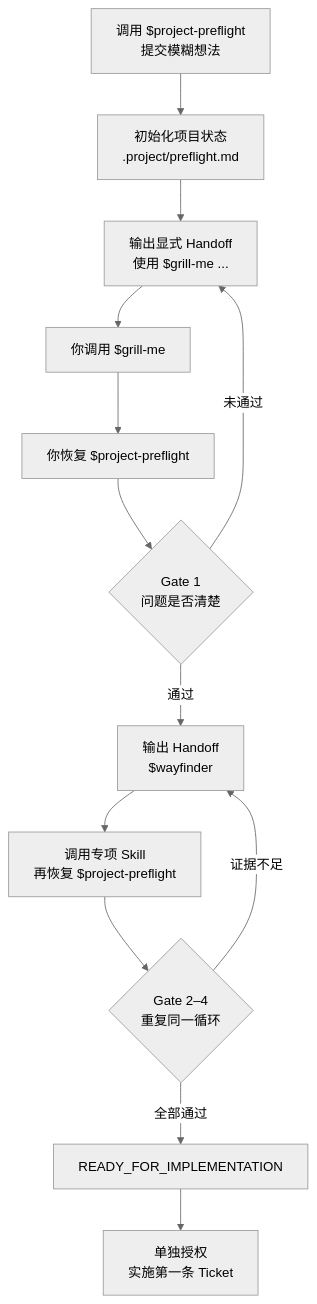
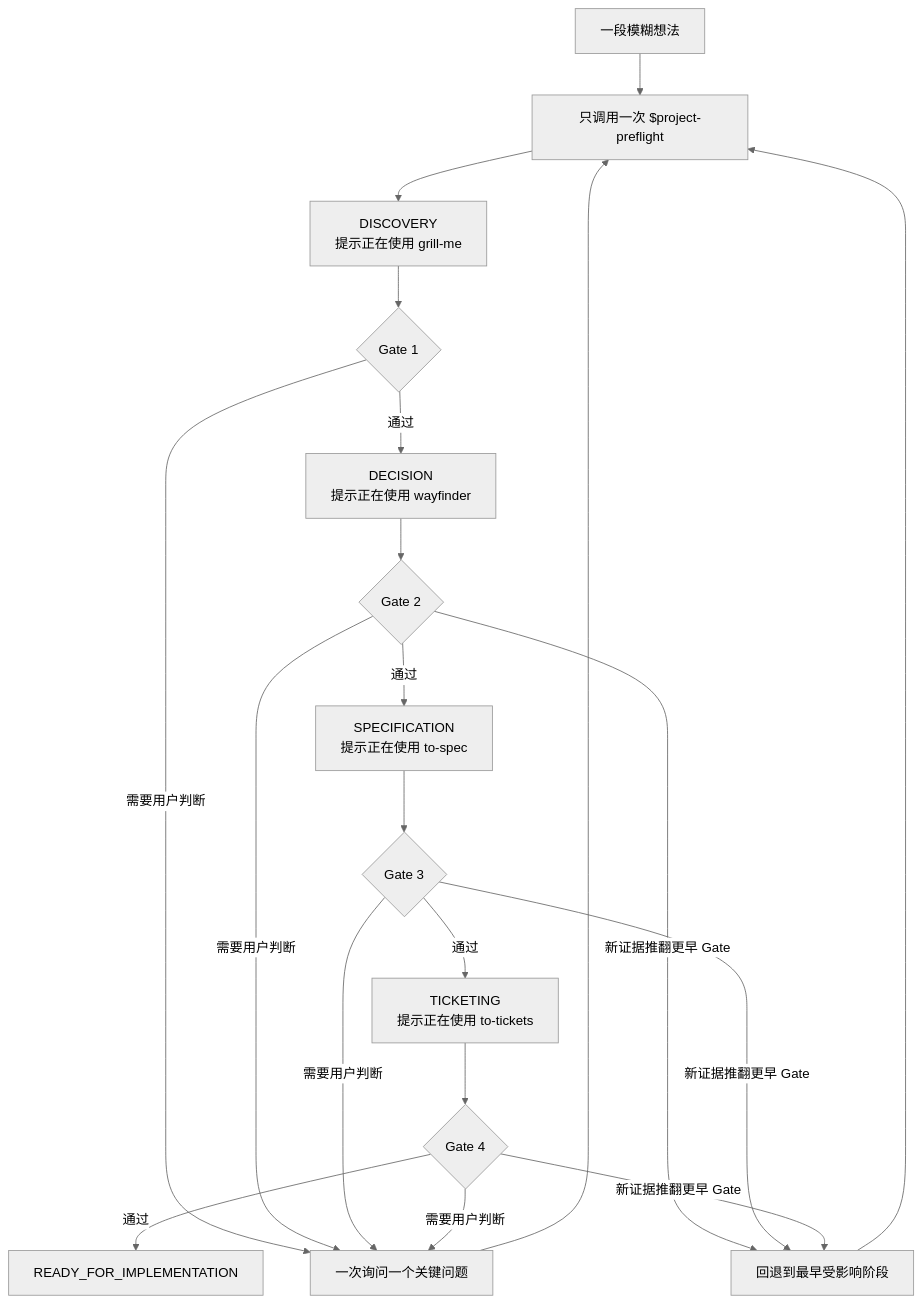
One commit to NaCr05/project-preflight changed the diagram in docs/workflow.zh-CN.md. Above: the diagram before and after it, drawn with Mermaid (neutral theme). The commit also changed other lines of this file and 38 other files, not shown here.

````diff
--- a/docs/workflow.zh-CN.md
+++ b/docs/workflow.zh-CN.md
@@ -9,15 +7,17 @@
 ```mermaid
 flowchart TD
-    A["调用 $project-preflight<br/>提交模糊想法"] --> B["初始化项目状态<br/>.project/preflight.md"]
-    B --> C["输出显式 Handoff<br/>使用 $grill-me ..."]
-    C --> U1["你调用 $grill-me"]
-    U1 --> R1["你恢复 $project-preflight"]
-    R1 --> D{"Gate 1<br/>问题是否清楚"}
-    D -->|"未通过"| C
-    D -->|"通过"| E["输出 Handoff<br/>$wayfinder"]
-    E --> U2["调用专项 Skill<br/>再恢复 $project-preflight"]
-    U2 --> F{"Gate 2–4<br/>重复同一循环"}
-    F -->|"证据不足"| E
-    F -->|"全部通过"| K["READY_FOR_IMPLEMENTATION"]
-    K --> L["单独授权<br/>实施第一条 Ticket"]
+    A["一段模糊想法"] --> P["只调用一次 $project-preflight"]
+    P --> D["DISCOVERY<br/>提示正在使用 grill-me"]
+    D --> G1{"Gate 1"}
+    G1 -->|通过| W["DECISION<br/>提示正在使用 wayfinder"]
+    W --> G2{"Gate 2"}
+    G2 -->|通过| S["SPECIFICATION<br/>提示正在使用 to-spec"]
+    S --> G3{"Gate 3"}
+    G3 -->|通过| T["TICKETING<br/>提示正在使用 to-tickets"]
+    T --> G4{"Gate 4"}
+    G4 -->|通过| R["READY_FOR_IMPLEMENTATION"]
+    G1 & G2 & G3 & G4 -->|需要用户判断| Q["一次询问一个关键问题"]
+    Q --> P
+    G2 & G3 & G4 -->|新证据推翻更早 Gate| B["回退到最早受影响阶段"]
+    B --> P
 ```
````
